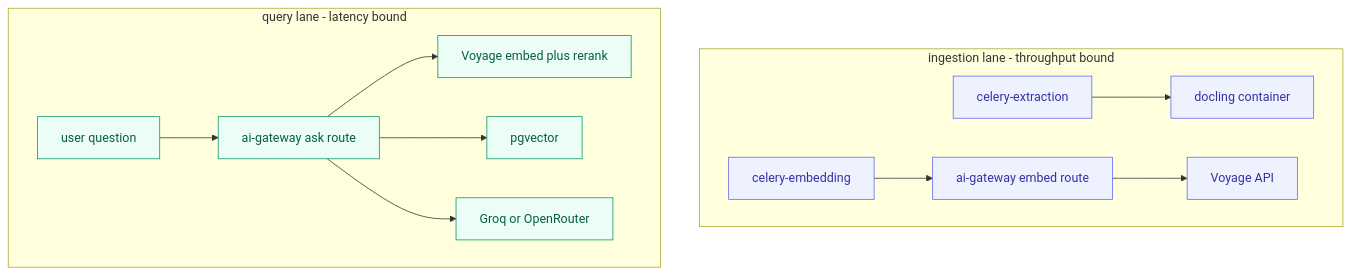
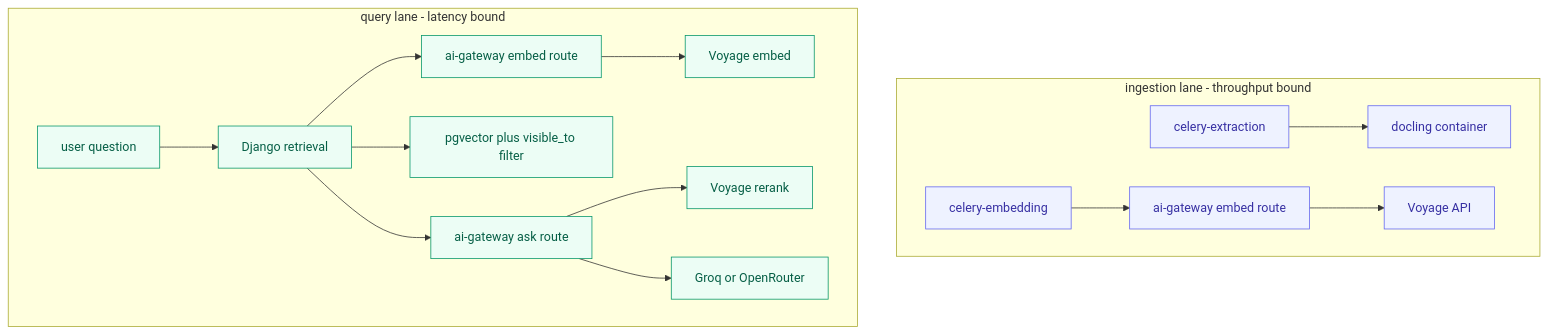
Before and after one commit to moisturicer/IRIS: the fifth of 11 diagrams in docs/chunker_architecture.md, drawn with Mermaid. The commit also changed other lines of this file and 3 other files, not shown here.

````diff
--- a/docs/chunker_architecture.md
+++ b/docs/chunker_architecture.md
@@ -223,18 +263,21 @@
 ```mermaid
 flowchart TB
   subgraph W["ingestion lane - throughput bound"]
     CE["celery-extraction"] --> DOC["docling container"]
     CB["celery-embedding"] --> GW1["ai-gateway embed route"]
     GW1 --> VOY["Voyage API"]
   end
   subgraph R["query lane - latency bound"]
-    Q["user question"] --> GW2["ai-gateway ask route"]
-    GW2 --> VOY2["Voyage embed plus rerank"]
-    GW2 --> PG["pgvector"]
-    GW2 --> LLM["Groq or OpenRouter"]
+    Q["user question"] --> DJ["Django retrieval"]
+    DJ --> GW2["ai-gateway embed route"]
+    GW2 --> VOY2["Voyage embed"]
+    DJ --> PG["pgvector plus visible_to filter"]
+    DJ --> GW3["ai-gateway ask route"]
+    GW3 --> VOY3["Voyage rerank"]
+    GW3 --> LLM["Groq or OpenRouter"]
   end
   classDef w fill:#eef2ff,stroke:#6366f1,color:#3730a3;
   classDef r fill:#ecfdf5,stroke:#059669,color:#065f46;
   class CE,CB,DOC,GW1,VOY w
-  class Q,GW2,VOY2,PG,LLM r
+  class Q,DJ,GW2,VOY2,GW3,VOY3,PG,LLM r
 ```
````
